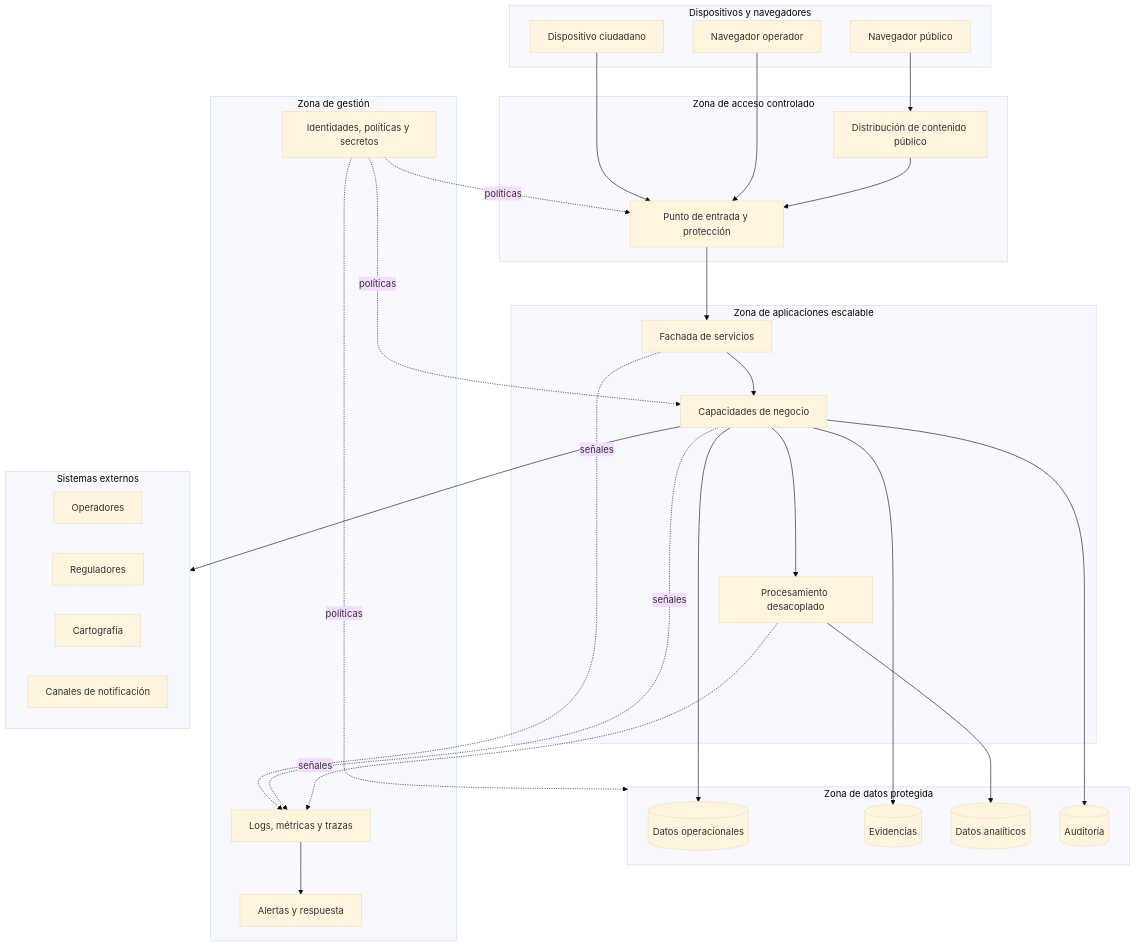
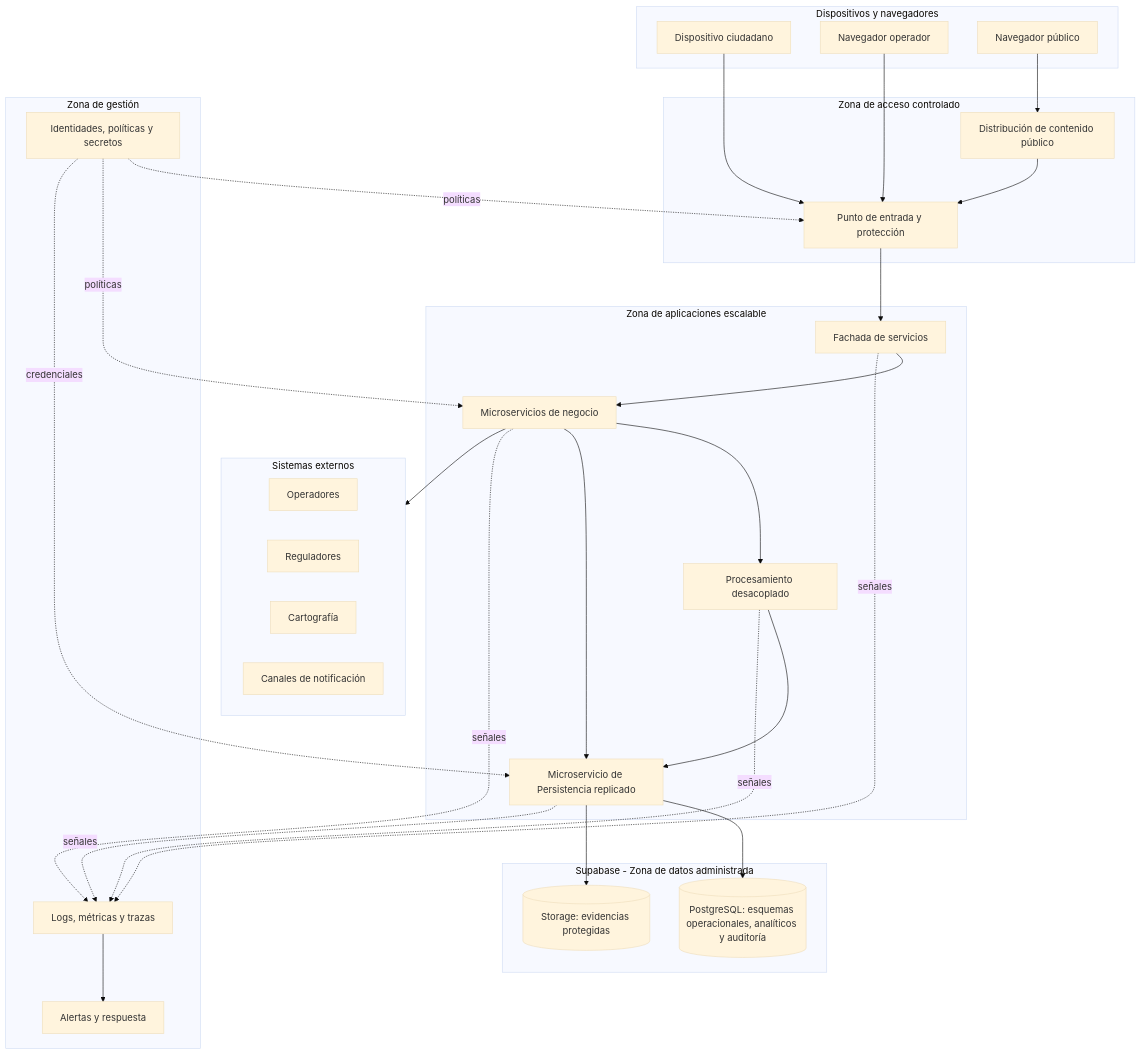
One commit to GabrielJaramilloCuberos/Arquitectura-de-Software changed the sixth of 6 diagrams in Proyecto - SERVI_RED/Entrega 1 - Documentacion/SAD_SERVI_RED.md. Above: the diagram before and after it, drawn with Mermaid (base theme). The commit also changed other lines of this file and 12 other files, not shown here.

Commit message:
cambios en diagramas

````diff
--- a/Proyecto - SERVI_RED/Entrega 1 - Documentacion/SAD_SERVI_RED.md
+++ b/Proyecto - SERVI_RED/Entrega 1 - Documentacion/SAD_SERVI_RED.md
@@ -565,59 +602,59 @@
 ```mermaid
 flowchart TB
     subgraph usuarios[Dispositivos y navegadores]
         movil[Dispositivo ciudadano]
         navOp[Navegador operador]
         navPub[Navegador público]
     end
 
     subgraph borde[Zona de acceso controlado]
         entrada[Punto de entrada y protección]
         contenido[Distribución de contenido público]
     end
 
     subgraph aplicacion[Zona de aplicaciones escalable]
         fachada[Fachada de servicios]
-        capacidades[Capacidades de negocio]
+        capacidades[Microservicios de negocio]
+        persistencia[Microservicio de Persistencia replicado]
         trabajo[Procesamiento desacoplado]
     end
 
-    subgraph datos[Zona de datos protegida]
-        op[(Datos operacionales)]
-        ev[(Evidencias)]
-        an[(Datos analíticos)]
-        au[(Auditoría)]
+    subgraph datos[Supabase - Zona de datos administrada]
+        postgres[(PostgreSQL: esquemas operacionales, analíticos y auditoría)]
+        storage[(Storage: evidencias protegidas)]
     end
 
     subgraph gestion[Zona de gestión]
         monitor[Logs, métricas y trazas]
         alerta[Alertas y respuesta]
         secretos[Identidades, políticas y secretos]
     end
 
     subgraph externos[Sistemas externos]
         operadores[Operadores]
         reguladores[Reguladores]
         mapas[Cartografía]
         canales[Canales de notificación]
     end
 
     movil --> entrada
     navOp --> entrada
     navPub --> contenido
     contenido --> entrada
     entrada --> fachada
     fachada --> capacidades
     capacidades --> trabajo
-    capacidades --> op
-    capacidades --> ev
-    trabajo --> an
-    capacidades --> au
+    capacidades --> persistencia
+    trabajo --> persistencia
+    persistencia --> postgres
+    persistencia --> storage
     capacidades --> externos
     fachada -. señales .-> monitor
     capacidades -. señales .-> monitor
+    persistencia -. señales .-> monitor
     trabajo -. señales .-> monitor
     monitor --> alerta
     secretos -. políticas .-> entrada
     secretos -. políticas .-> capacidades
-    secretos -. políticas .-> datos
+    secretos -. credenciales .-> persistencia
 ```
````
